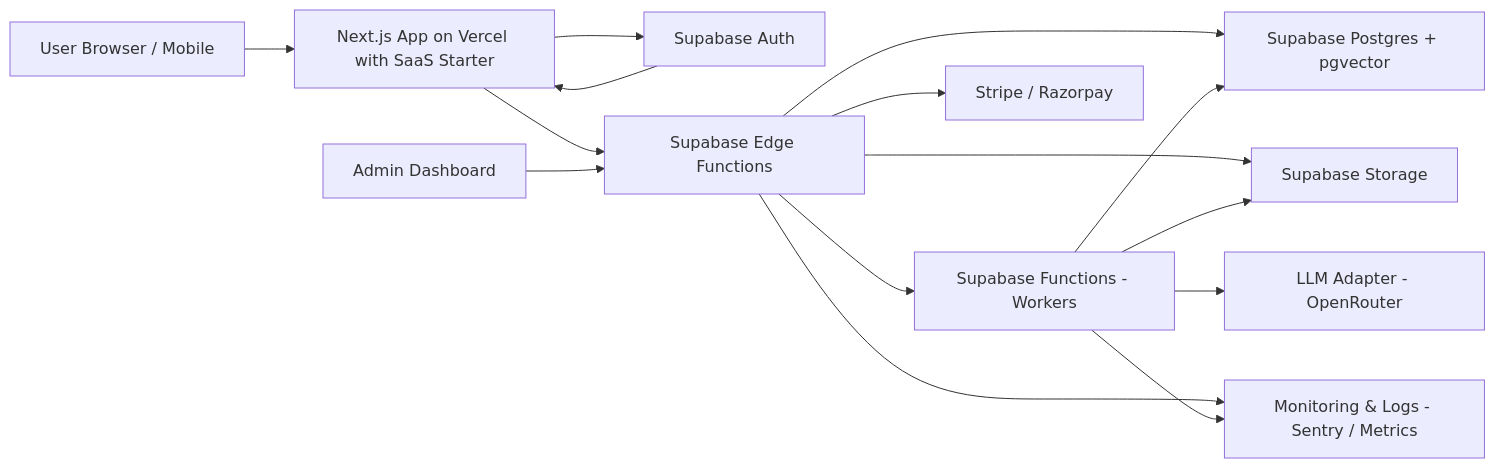
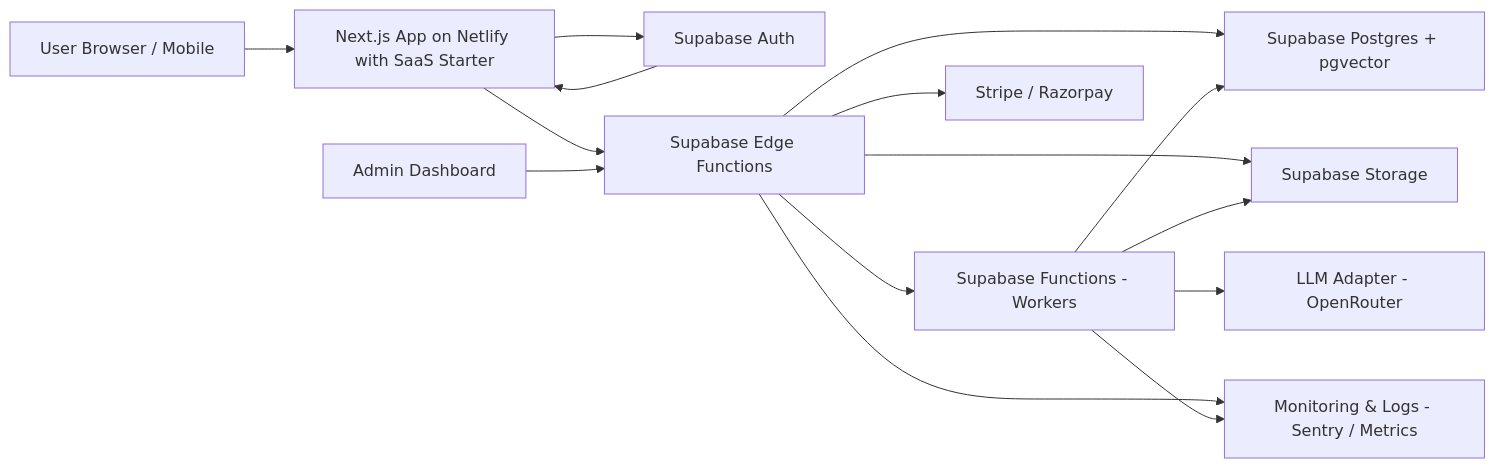
Before and after one commit to shrunSprint89/CustomerIntelApps: the first of 3 diagrams in docs/archDecisions/simplified-architecture.md, drawn with Mermaid. The commit also changed other lines of this file and 9 other files, not shown here.

````diff
--- a/docs/archDecisions/simplified-architecture.md
+++ b/docs/archDecisions/simplified-architecture.md
@@ -37,29 +37,29 @@
 ```mermaid
 graph LR
   User[User Browser / Mobile]
-  Frontend[Next.js App on Vercel with SaaS Starter]
+  Frontend[Next.js App on Netlify with SaaS Starter]
   AuthSvc[Supabase Auth]
   EdgeFunc[Supabase Edge Functions]
   Postgres[Supabase Postgres + pgvector]
   Storage[Supabase Storage]
   SupabaseFunc[Supabase Functions - Workers]
   LLMAdapter[LLM Adapter - OpenRouter]
   Payments[Stripe / Razorpay]
   Admin[Admin Dashboard]
   Observability[Monitoring & Logs - Sentry / Metrics]
 
   User --> Frontend
   Frontend --> AuthSvc
   Frontend --> EdgeFunc
   EdgeFunc --> Postgres
   EdgeFunc --> Storage
   EdgeFunc --> SupabaseFunc
   EdgeFunc --> Payments
   AuthSvc --> Frontend
   SupabaseFunc --> LLMAdapter
   SupabaseFunc --> Postgres
   SupabaseFunc --> Storage
   Admin --> EdgeFunc
   EdgeFunc --> Observability
   SupabaseFunc --> Observability
 ```
````
